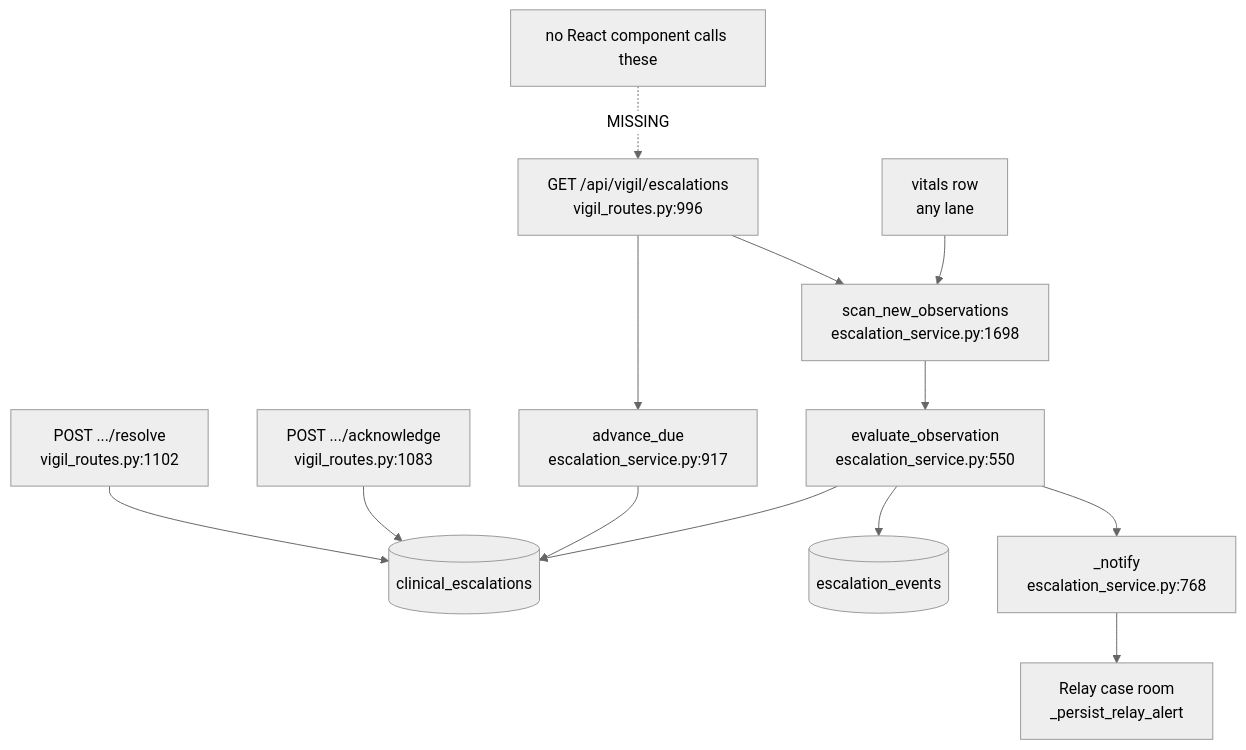
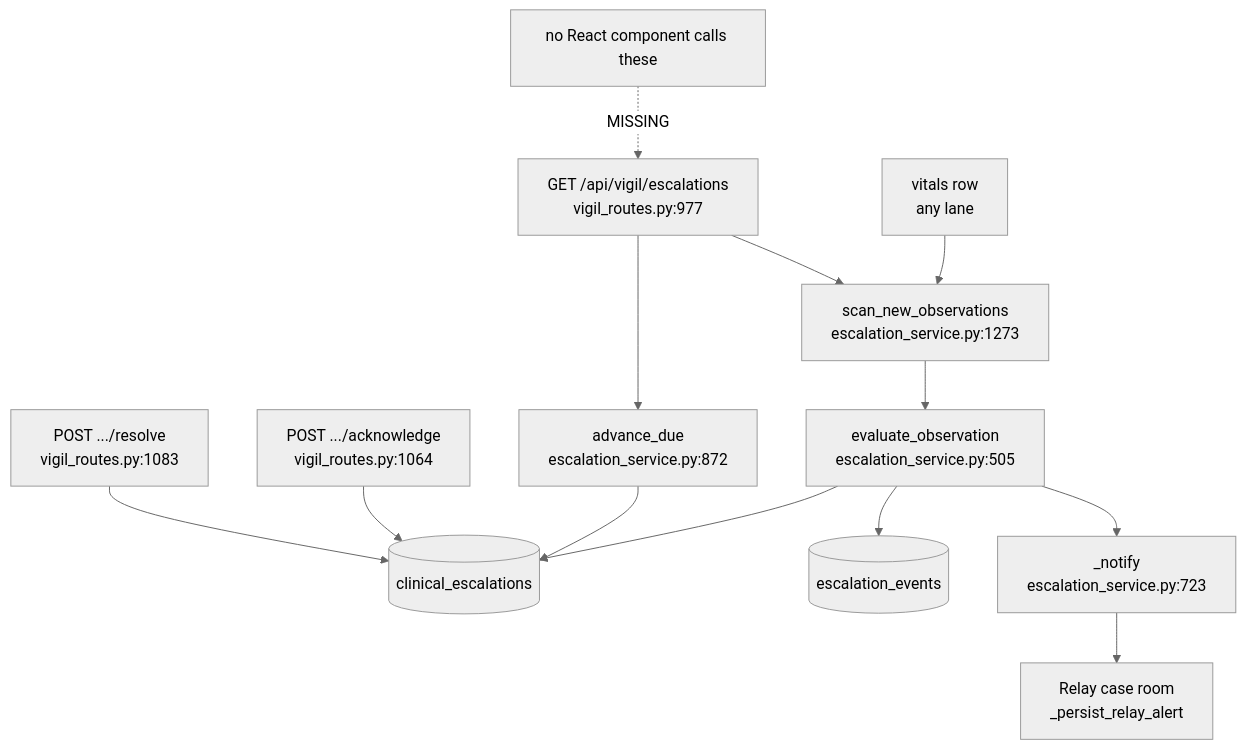
Before and after one commit to samuelmorningstar23/Orb: the first of 2 diagrams in docs/guide/32-escalation-chain.md, drawn with Mermaid (neutral theme). The commit also changed other lines of this file and 471 other files, not shown here.

````diff
--- a/docs/guide/32-escalation-chain.md
+++ b/docs/guide/32-escalation-chain.md
@@ -30,15 +30,15 @@
 ```mermaid
 graph TD
-  V[vitals row<br/>any lane] --> SCAN[scan_new_observations<br/>escalation_service.py:1698]
-  SCAN --> EVAL[evaluate_observation<br/>escalation_service.py:550]
+  V[vitals row<br/>any lane] --> SCAN[scan_new_observations<br/>escalation_service.py:1273]
+  SCAN --> EVAL[evaluate_observation<br/>escalation_service.py:505]
   EVAL --> CE[(clinical_escalations)]
   EVAL --> EV[(escalation_events)]
-  EVAL --> NOTIFY[_notify<br/>escalation_service.py:768]
+  EVAL --> NOTIFY[_notify<br/>escalation_service.py:723]
   NOTIFY --> RELAY[Relay case room<br/>_persist_relay_alert]
-  CLOCK[advance_due<br/>escalation_service.py:917] --> CE
-  READ[GET /api/vigil/escalations<br/>vigil_routes.py:996] --> CLOCK
+  CLOCK[advance_due<br/>escalation_service.py:872] --> CE
+  READ[GET /api/vigil/escalations<br/>vigil_routes.py:977] --> CLOCK
   READ --> SCAN
-  ACK[POST .../acknowledge<br/>vigil_routes.py:1083] --> CE
-  RES[POST .../resolve<br/>vigil_routes.py:1102] --> CE
+  ACK[POST .../acknowledge<br/>vigil_routes.py:1064] --> CE
+  RES[POST .../resolve<br/>vigil_routes.py:1083] --> CE
   UI[no React component calls these] -.->|MISSING| READ
 ```
````
